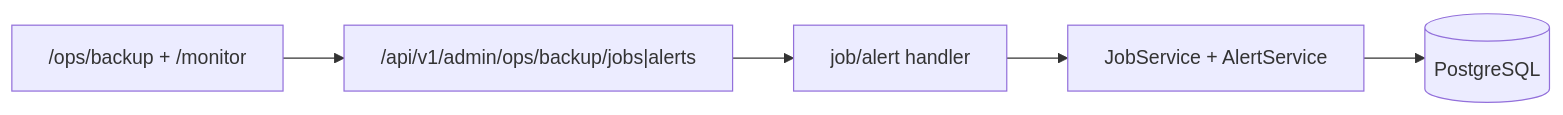
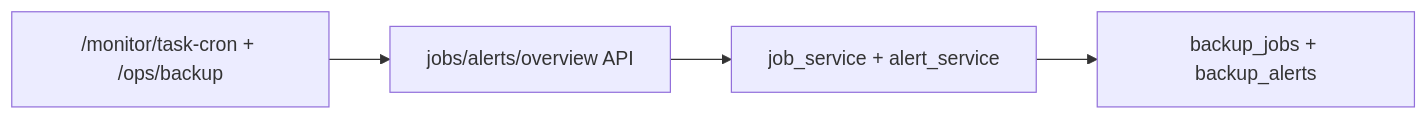
One commit to ArtisanCloud/PowerX changed the first of 3 diagrams in docs/guides/deploy/027-monitor-center/usecase-us2-monitor-and-alert.md. Above: the diagram before and after it, drawn with Mermaid. The commit also changed other lines of this file and 32 other files, not shown here.

````diff
--- a/docs/guides/deploy/027-monitor-center/usecase-us2-monitor-and-alert.md
+++ b/docs/guides/deploy/027-monitor-center/usecase-us2-monitor-and-alert.md
@@ -13,5 +23,6 @@
 ```mermaid
 flowchart LR
-  UI["/ops/backup + /monitor"] --> API["/api/v1/admin/ops/backup/jobs|alerts"]
-  API --> H["job/alert handler"] --> S["JobService + AlertService"] --> DB[(PostgreSQL)]
+  UI["/monitor/task-cron + /ops/backup"] --> API["jobs/alerts/overview API"]
+  API --> SVC["job_service + alert_service"]
+  SVC --> DB["backup_jobs + backup_alerts"]
 ```
````
